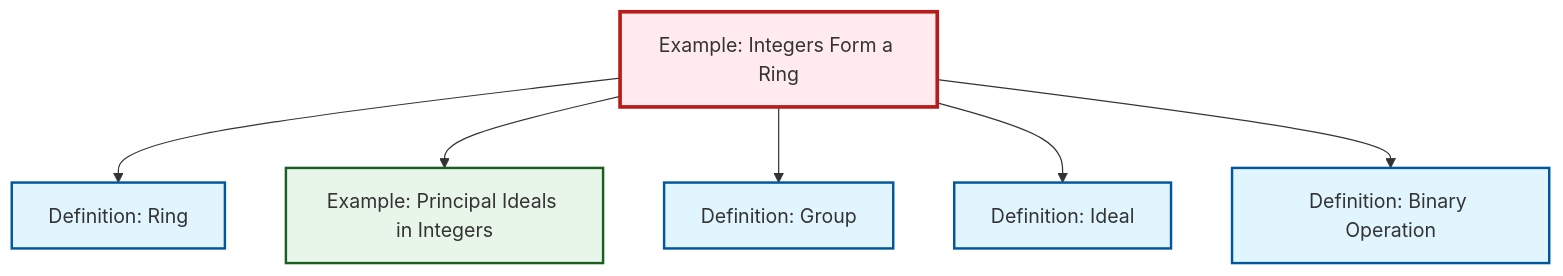
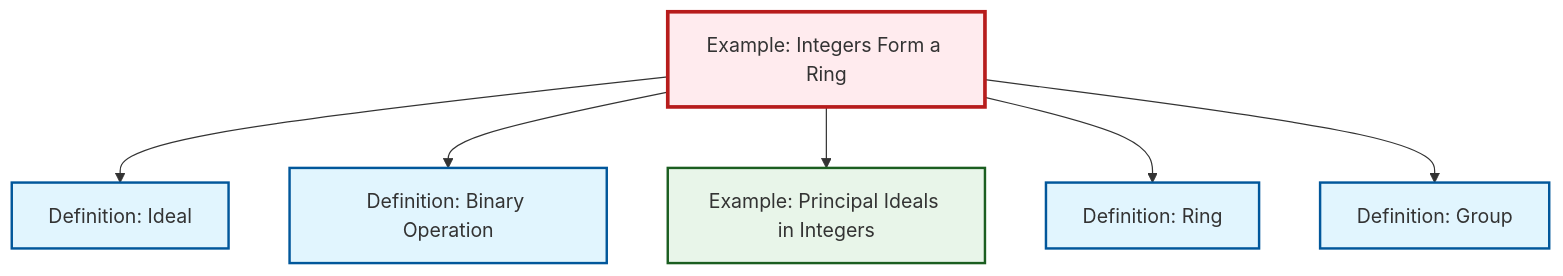
Before and after one commit to RK0429/ModernMath: the diagram in output/mermaid/ex-integers-ring.mermaid, drawn with Mermaid. The commit also changed other lines of this file and 1245 other files, not shown here.

```diff
--- a/output/mermaid/ex-integers-ring.mermaid
+++ b/output/mermaid/ex-integers-ring.mermaid
@@ -1,19 +1,19 @@
 %%| fig-cap: "Local dependency graph"
 graph TD
     classDef definition fill:#e1f5fe,stroke:#01579b,stroke-width:2px
     classDef theorem fill:#f3e5f5,stroke:#4a148c,stroke-width:2px
     classDef axiom fill:#fff3e0,stroke:#e65100,stroke-width:2px
     classDef example fill:#e8f5e9,stroke:#1b5e20,stroke-width:2px
     classDef current fill:#ffebee,stroke:#b71c1c,stroke-width:3px
+    def-ideal["Definition: Ideal"]:::definition
     ex-integers-ring["Example: Integers Form a Ring"]:::example
+    def-group["Definition: Group"]:::definition
     def-binary-operation["Definition: Binary Operation"]:::definition
     ex-principal-ideal["Example: Principal Ideals in Integers"]:::example
-    def-ideal["Definition: Ideal"]:::definition
     def-ring["Definition: Ring"]:::definition
-    def-group["Definition: Group"]:::definition
-    ex-integers-ring --> def-ring
-    ex-integers-ring --> ex-principal-ideal
-    ex-integers-ring --> def-group
     ex-integers-ring --> def-ideal
     ex-integers-ring --> def-binary-operation
+    ex-integers-ring --> ex-principal-ideal
+    ex-integers-ring --> def-ring
+    ex-integers-ring --> def-group
     class ex-integers-ring current
```
